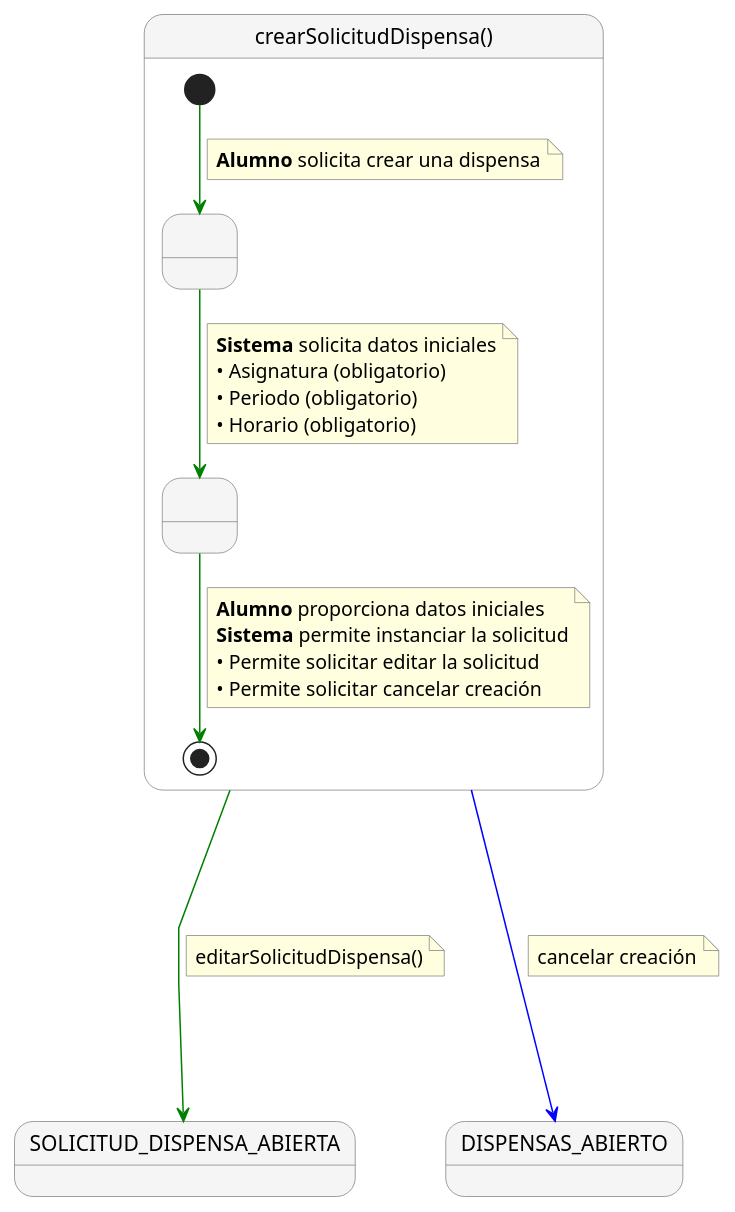
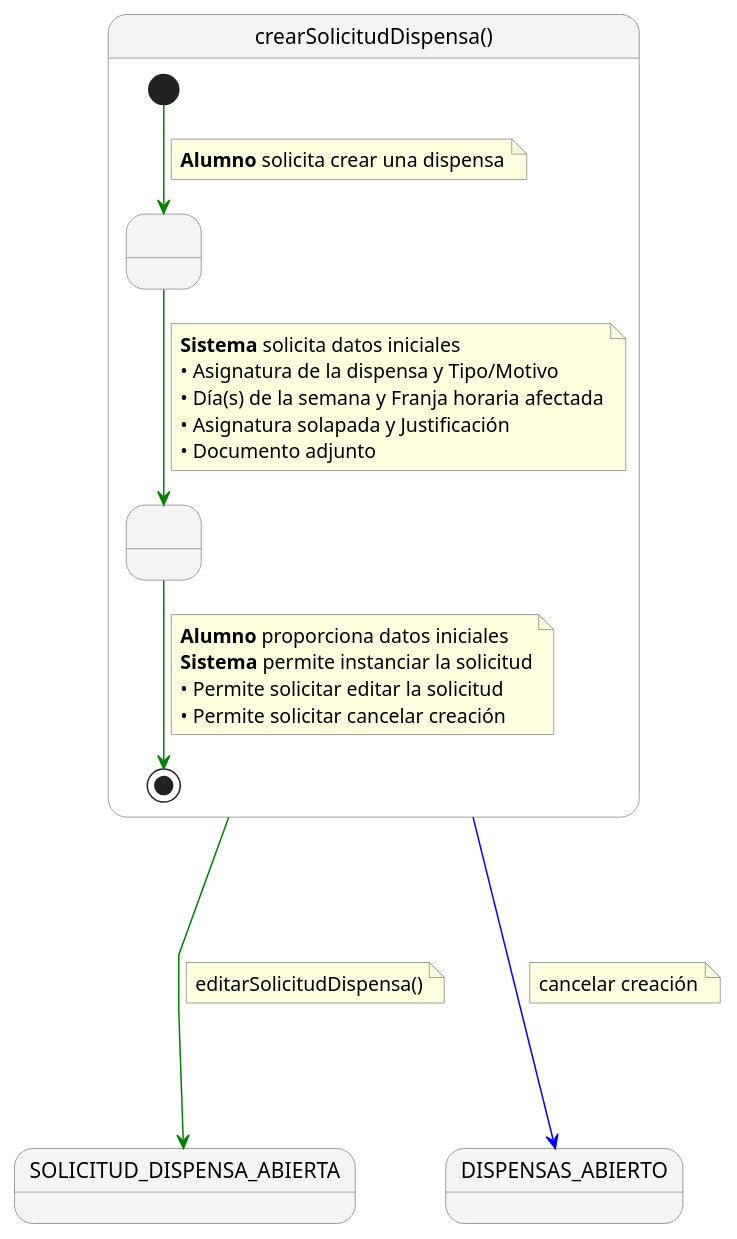
Before and after one commit to jerdier/25-26-idsw2-sdVC: the diagram in documents/requisitado/02-detalle/Alumno/crearSolicitudDispensa.puml, drawn with PlantUML. The commit also changed 261 other files, not shown here.

```diff
--- a/documents/requisitado/02-detalle/Alumno/crearSolicitudDispensa.puml
+++ b/documents/requisitado/02-detalle/Alumno/crearSolicitudDispensa.puml
@@ -1,51 +1,52 @@
 @startuml
 skinparam nodesep 60
 skinparam ranksep 60
 skinparam linetype polyline
 skinparam NoteBackgroundColor lightyellow
 skinparam NoteBorderColor gray
 skinparam StateBackgroundColor #F5F5F5
 skinparam StateBorderColor gray
 
 state "crearSolicitudDispensa()" as crearSolicitudDispensa {
 
     ' Estados anónimos vacíos para simular los pasos
     state " " as Paso1
     state " " as Paso2
 
     [*] -[#green]-> Paso1
     note on link
       <b>Alumno</b> solicita crear una dispensa
     end note
 
     Paso1 -[#green]-> Paso2
     note on link
       <b>Sistema</b> solicita datos iniciales
-      • Asignatura (obligatorio)
-      • Periodo (obligatorio)
-      • Horario (obligatorio)
+      • Asignatura de la dispensa y Tipo/Motivo
+      • Día(s) de la semana y Franja horaria afectada
+      • Asignatura solapada y Justificación
+      • Documento adjunto
     end note
 
     Paso2 -[#green]-> [*]
     note on link
       <b>Alumno</b> proporciona datos iniciales
       <b>Sistema</b> permite instanciar la solicitud
       • Permite solicitar editar la solicitud
       • Permite solicitar cancelar creación
     end note
 }
 
 state "SOLICITUD_DISPENSA_ABIERTA" as SOLICITUD_DISPENSA_ABIERTA
 state "DISPENSAS_ABIERTO" as DISPENSAS_ABIERTO
 
 crearSolicitudDispensa -[#green]---> SOLICITUD_DISPENSA_ABIERTA
 note right on link
   editarSolicitudDispensa()
 end note
 
 crearSolicitudDispensa -[#blue]---> DISPENSAS_ABIERTO
 note right on link
   cancelar creación
 end note
 
 @enduml
```
